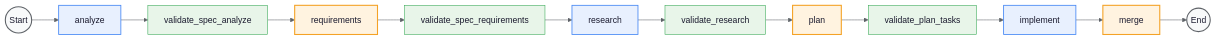
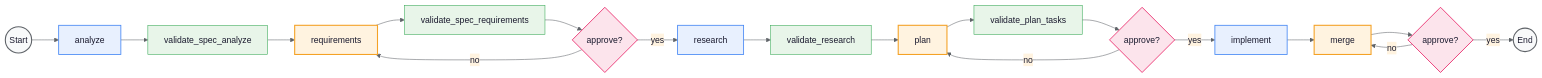
One commit to shep-ai/cli changed the diagram in tests/integration/infrastructure/services/agents/graph-state-transitions/README.md. Above: the diagram before and after it, drawn with Mermaid. The commit also changed other lines of this file and 19 other files, not shown here.

First line of the commit message:
fix(agents): propagate reject/approve feedback on failed features (#406)

````diff
--- a/tests/integration/infrastructure/services/agents/graph-state-transitions/README.md
+++ b/tests/integration/infrastructure/services/agents/graph-state-transitions/README.md
@@ -24,21 +24,29 @@
 ```mermaid
 %%{init: {'theme': 'base', 'themeVariables': {'primaryColor': '#E8F0FE', 'primaryBorderColor': '#4285F4', 'primaryTextColor': '#1A1A2E', 'lineColor': '#5F6368', 'secondaryColor': '#FFF3E0', 'tertiaryColor': '#E8F5E9', 'fontFamily': 'Inter, system-ui, sans-serif'}}}%%
 
 graph LR
     S((Start)):::startEnd --> A[analyze]:::producer
     A --> VA[validate_spec_analyze]:::validator
     VA --> R[requirements]:::interruptible
     R --> VR[validate_spec_requirements]:::validator
-    VR --> RS[research]:::producer
+    VR --> RI{approve?}:::iteration
+    RI -->|yes| RS[research]:::producer
+    RI -->|no| R
     RS --> VRS[validate_research]:::validator
     VRS --> P[plan]:::interruptible
     P --> VP[validate_plan_tasks]:::validator
-    VP --> I[implement]:::producer
+    VP --> PI{approve?}:::iteration
+    PI -->|yes| I[implement]:::producer
+    PI -->|no| P
     I --> M[merge]:::interruptible
-    M --> E((End)):::startEnd
+    M --> MI{approve?}:::iteration
+    MI -->|yes| E((End)):::startEnd
+    MI -->|no| M
 
     classDef startEnd fill:#F8F9FA,stroke:#5F6368,stroke-width:2px,color:#1A1A2E
     classDef producer fill:#E8F0FE,stroke:#4285F4,stroke-width:1.5px,color:#1A1A2E
     classDef interruptible fill:#FFF3E0,stroke:#F4A226,stroke-width:2px,color:#1A1A2E
     classDef validator fill:#E8F5E9,stroke:#34A853,stroke-width:1px,color:#1A1A2E
+    classDef iteration fill:#FCE4EC,stroke:#E91E63,stroke-width:1.5px,color:#1A1A2E
+    classDef reject fill:#FFCDD2,stroke:#E53935,stroke-width:1.5px,color:#1A1A2E
 ```
````
